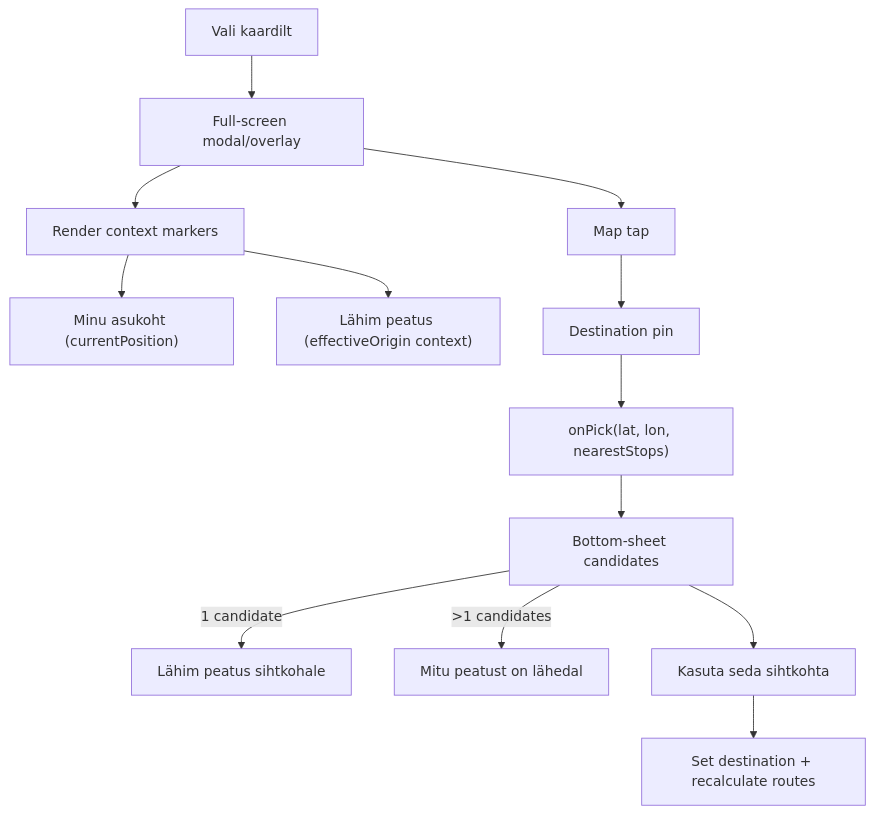
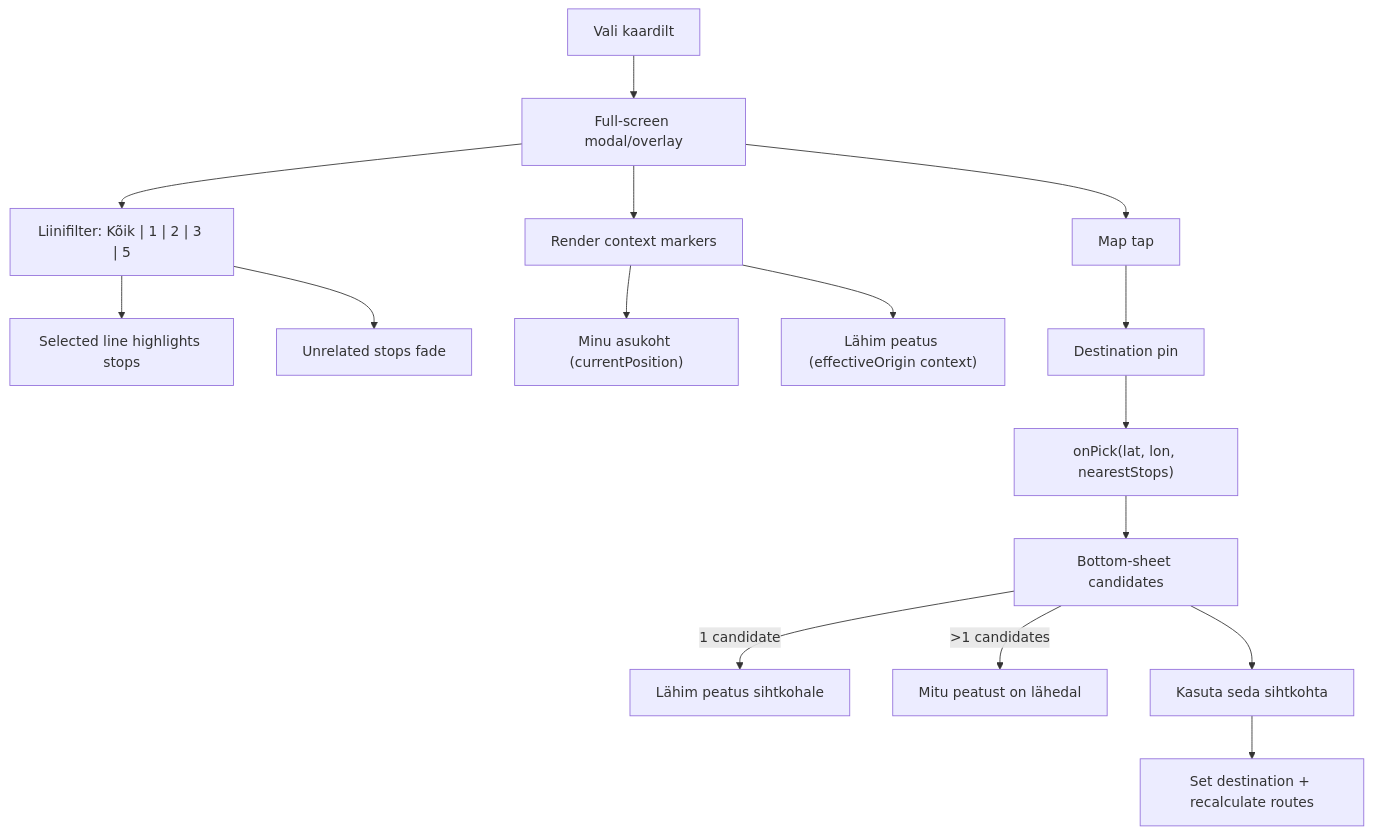
One commit to Fuuduuu/AnniVibez changed the sixth of 8 diagrams in docs/MERMAID_DIAGRAMS.md. Above: the diagram before and after it, drawn with Mermaid. The commit also changed other lines of this file and 4 other files, not shown here.

````diff
--- a/docs/MERMAID_DIAGRAMS.md
+++ b/docs/MERMAID_DIAGRAMS.md
@@ -163,15 +163,18 @@
 ```mermaid
 flowchart TD
     A["Vali kaardilt"] --> B["Full-screen modal/overlay"]
+    B --> B1["Liinifilter: Kõik | 1 | 2 | 3 | 5"]
+    B1 --> B2["Selected line highlights stops"]
+    B1 --> B3["Unrelated stops fade"]
     B --> C["Render context markers"]
     C --> C1["Minu asukoht (currentPosition)"]
     C --> C2["Lähim peatus (effectiveOrigin context)"]
     B --> D["Map tap"]
     D --> E["Destination pin"]
     E --> F["onPick(lat, lon, nearestStops)"]
     F --> G["Bottom-sheet candidates"]
     G -->|1 candidate| H["Lähim peatus sihtkohale"]
     G -->|>1 candidates| I["Mitu peatust on lähedal"]
     G --> J["Kasuta seda sihtkohta"]
     J --> K["Set destination + recalculate routes"]
 ```
````
